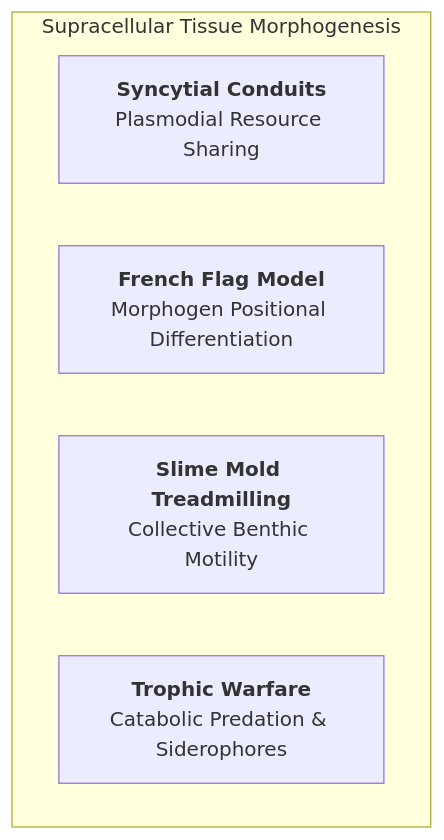
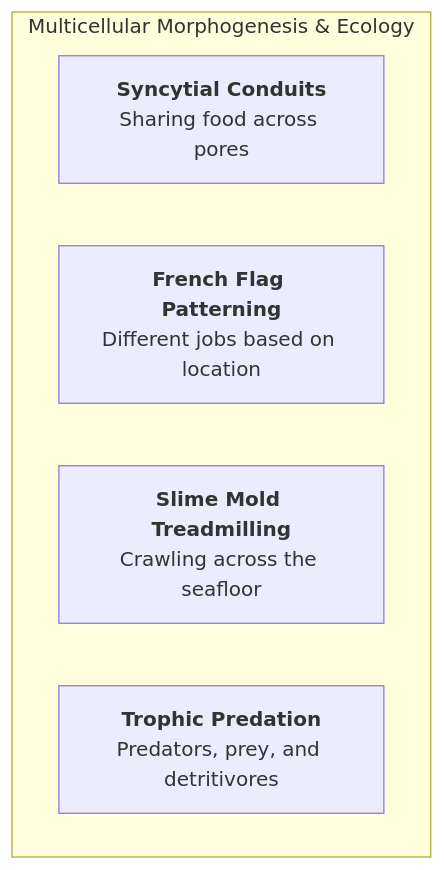
Before and after one commit to ianohlander/Siliquarium: the sixth of 6 diagrams in docs/REALITY_TO_SIMULATION_TRANSLATION_MATRIX.md, drawn with Mermaid. The commit also changed other lines of this file and 1 other file, not shown here.

Commit message:
docs: redesign translation matrix with plain-English tri-domain structure, syntax-error-free diagrams, and clear examples

````diff
--- a/docs/REALITY_TO_SIMULATION_TRANSLATION_MATRIX.md
+++ b/docs/REALITY_TO_SIMULATION_TRANSLATION_MATRIX.md
@@ -220,9 +336,9 @@
 ```mermaid
 flowchart TD
-    subgraph Morphogenesis["Supracellular Tissue Morphogenesis"]
-        S1["<b>Syncytial Conduits</b><br/>Plasmodial Resource Sharing"]
-        S2["<b>French Flag Model</b><br/>Morphogen Positional Differentiation"]
-        S3["<b>Slime Mold Treadmilling</b><br/>Collective Benthic Motility"]
-        S4["<b>Trophic Warfare</b><br/>Catabolic Predation & Siderophores"]
+    subgraph Teamwork["Multicellular Morphogenesis & Ecology"]
+        C1["<b>Syncytial Conduits</b><br/>Sharing food across pores"]
+        C2["<b>French Flag Patterning</b><br/>Different jobs based on location"]
+        C3["<b>Slime Mold Treadmilling</b><br/>Crawling across the seafloor"]
+        C4["<b>Trophic Predation</b><br/>Predators, prey, and detritivores"]
     end
 ```
````
